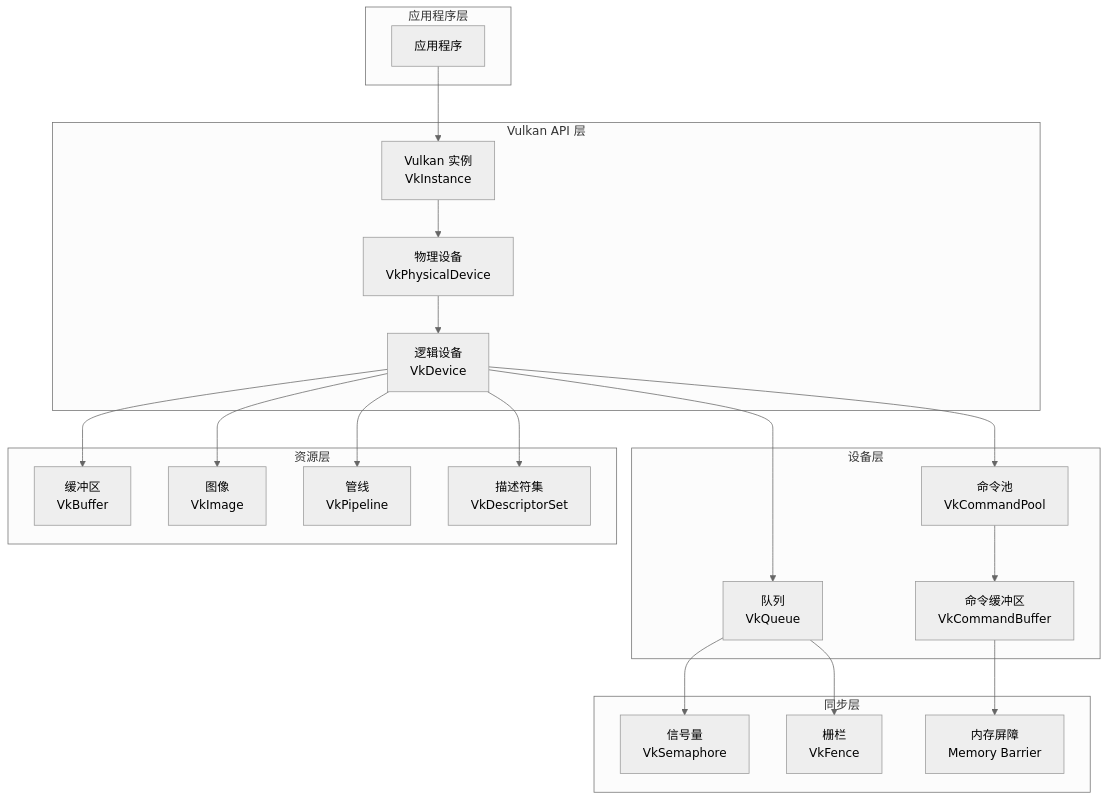
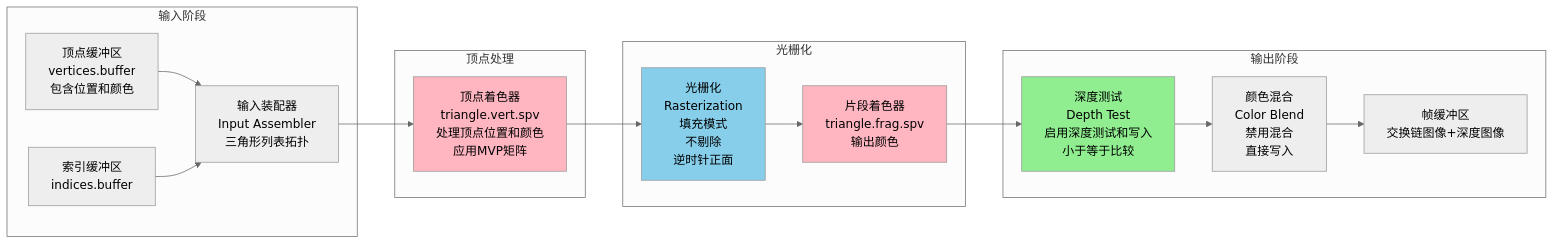
One commit to diandiandevelop/Vulkan changed the seventh of 23 diagrams in fenxi/Vulkan框架模型文档.md. Above: the diagram before and after it, drawn with Mermaid (neutral theme). The commit also changed other lines of this file, not shown here.

````diff
--- a/fenxi/Vulkan框架模型文档.md
+++ b/fenxi/Vulkan框架模型文档.md
@@ -33,45 +767,37 @@
 ```mermaid
-graph TB
-    subgraph "应用程序层"
-        App[应用程序]
+graph LR
+    subgraph "输入阶段"
+        VertexBuffer[顶点缓冲区<br/>vertices.buffer<br/>包含位置和颜色]
+        IndexBuffer[索引缓冲区<br/>indices.buffer]
+        InputAssembler[输入装配器<br/>Input Assembler<br/>三角形列表拓扑]
     end
     
-    subgraph "Vulkan API 层"
-        Instance[Vulkan 实例<br/>VkInstance]
-        PhysicalDevice[物理设备<br/>VkPhysicalDevice]
-        LogicalDevice[逻辑设备<br/>VkDevice]
+    subgraph "顶点处理"
+        VertexShader[顶点着色器<br/>triangle.vert.spv<br/>处理顶点位置和颜色<br/>应用MVP矩阵]
     end
     
-    subgraph "设备层"
-        Queue[队列<br/>VkQueue]
-        CommandPool[命令池<br/>VkCommandPool]
-        CommandBuffer[命令缓冲区<br/>VkCommandBuffer]
+    subgraph "光栅化"
+        Rasterization[光栅化<br/>Rasterization<br/>填充模式<br/>不剔除<br/>逆时针正面]
+        FragmentShader[片段着色器<br/>triangle.frag.spv<br/>输出颜色]
     end
     
-    subgraph "资源层"
-        Buffer[缓冲区<br/>VkBuffer]
-        Image[图像<br/>VkImage]
-        Pipeline[管线<br/>VkPipeline]
-        DescriptorSet[描述符集<br/>VkDescriptorSet]
+    subgraph "输出阶段"
+        DepthTest[深度测试<br/>Depth Test<br/>启用深度测试和写入<br/>小于等于比较]
+        ColorBlend[颜色混合<br/>Color Blend<br/>禁用混合<br/>直接写入]
+        FrameBuffer[帧缓冲区<br/>交换链图像+深度图像]
     end
     
-    subgraph "同步层"
-        Semaphore[信号量<br/>VkSemaphore]
-        Fence[栅栏<br/>VkFence]
-        Barrier[内存屏障<br/>Memory Barrier]
-    end
+    VertexBuffer --> InputAssembler
+    IndexBuffer --> InputAssembler
+    InputAssembler --> VertexShader
+    VertexShader --> Rasterization
+    Rasterization --> FragmentShader
+    FragmentShader --> DepthTest
+    DepthTest --> ColorBlend
+    ColorBlend --> FrameBuffer
     
-    App --> Instance
-    Instance --> PhysicalDevice
-    PhysicalDevice --> LogicalDevice
-    LogicalDevice --> Queue
-    LogicalDevice --> CommandPool
-    CommandPool --> CommandBuffer
-    LogicalDevice --> Buffer
-    LogicalDevice --> Image
-    LogicalDevice --> Pipeline
-    LogicalDevice --> DescriptorSet
-    Queue --> Semaphore
-    Queue --> Fence
-    CommandBuffer --> Barrier
+    style VertexShader fill:#FFB6C1
+    style FragmentShader fill:#FFB6C1
+    style Rasterization fill:#87CEEB
+    style DepthTest fill:#90EE90
 ```
````
